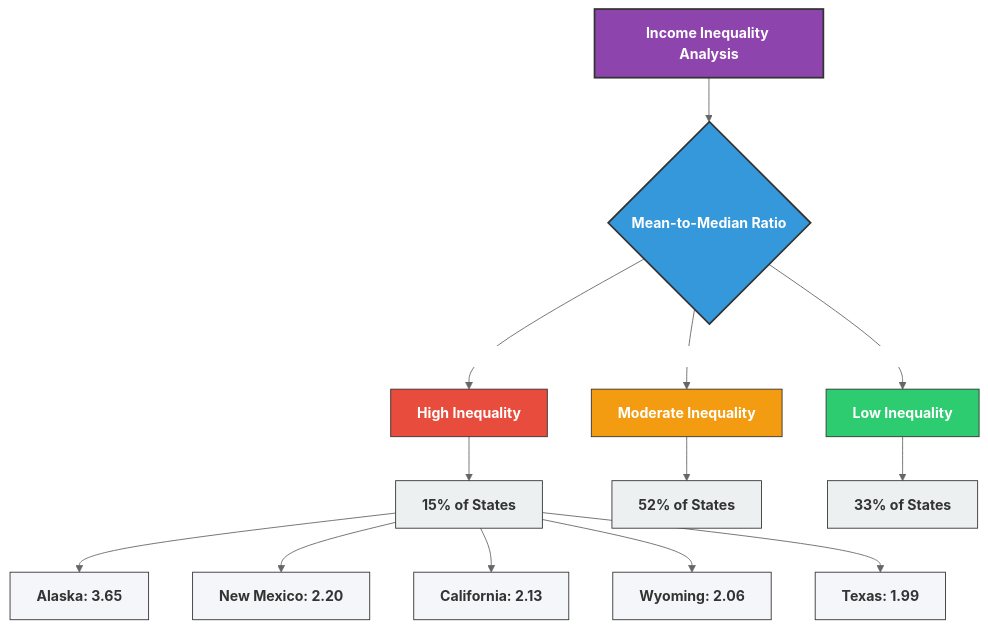
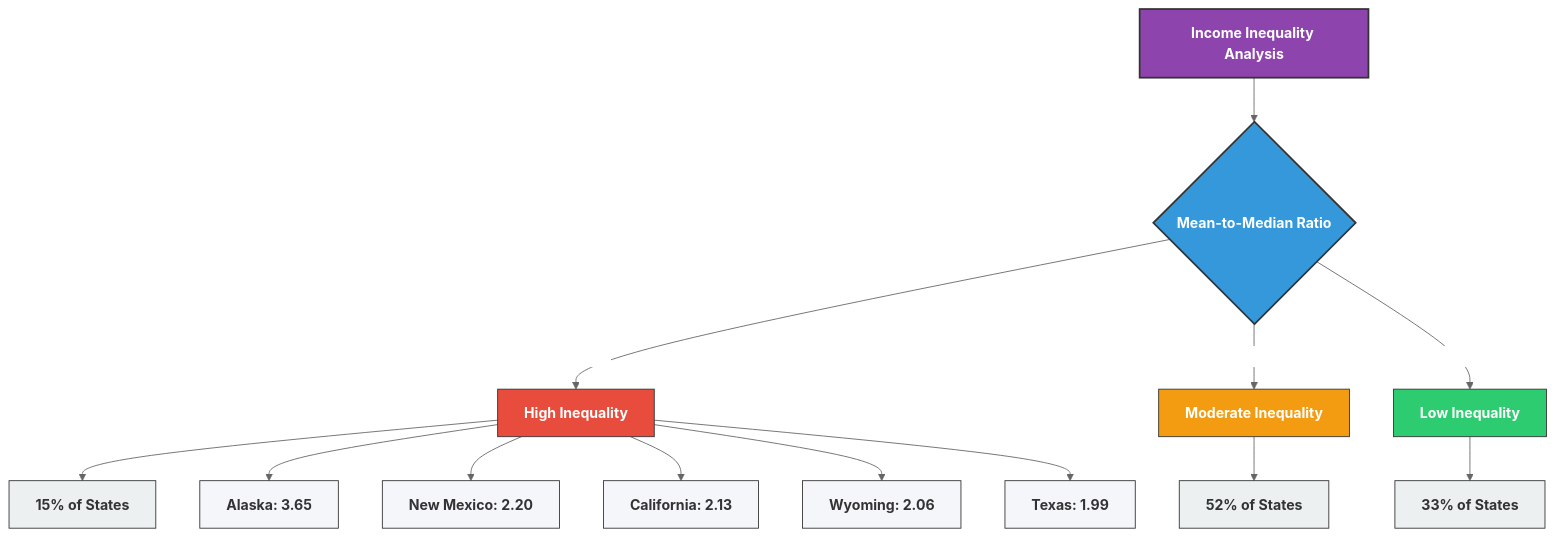
One commit to tzolkowski96/tzolkowski96 changed the eighth of 10 diagrams in us-household-income-analysis/README.md. Above: the diagram before and after it, drawn with Mermaid (neutral theme). The commit also changed other lines of this file, not shown here.

Commit message:
refactor README.md for improved clarity and consistency in flowcharts and descriptions

````diff
--- a/us-household-income-analysis/README.md
+++ b/us-household-income-analysis/README.md
@@ -880,26 +866,26 @@
 ```mermaid
-graph TD
+flowchart TD
     A[Income Inequality Analysis]:::root --> B{Mean-to-Median Ratio}:::decision
     
     B -->|Ratio > 1.5| C[High Inequality]:::high
     B -->|1.2 < Ratio < 1.5| D[Moderate Inequality]:::moderate
     B -->|Ratio < 1.2| E[Low Inequality]:::low
     
     C --> F[15% of States]:::pct
     D --> G[52% of States]:::pct
     E --> H[33% of States]:::pct
     
-    F --> I[Alaska: 3.65]:::example
-    F --> J[New Mexico: 2.20]:::example
-    F --> K[California: 2.13]:::example
-    F --> L[Wyoming: 2.06]:::example
-    F --> M[Texas: 1.99]:::example
+    C --> I[Alaska: 3.65]:::example
+    C --> J[New Mexico: 2.20]:::example
+    C --> K[California: 2.13]:::example
+    C --> L[Wyoming: 2.06]:::example
+    C --> M[Texas: 1.99]:::example
     
     classDef root fill:#8e44ad,stroke:#333,stroke-width:2px,color:#fff,font-weight:bold
     classDef decision fill:#3498db,stroke:#333,stroke-width:2px,color:#fff,font-weight:bold
     classDef high fill:#e74c3c,stroke:#333,stroke-width:1px,color:#fff,font-weight:bold
     classDef moderate fill:#f39c12,stroke:#333,stroke-width:1px,color:#fff,font-weight:bold
     classDef low fill:#2ecc71,stroke:#333,stroke-width:1px,color:#fff,font-weight:bold
     classDef pct fill:#ecf0f1,stroke:#333,stroke-width:1px,color:#333
     classDef example fill:#f5f6fa,stroke:#333,stroke-width:1px,color:#333
 ```
````
